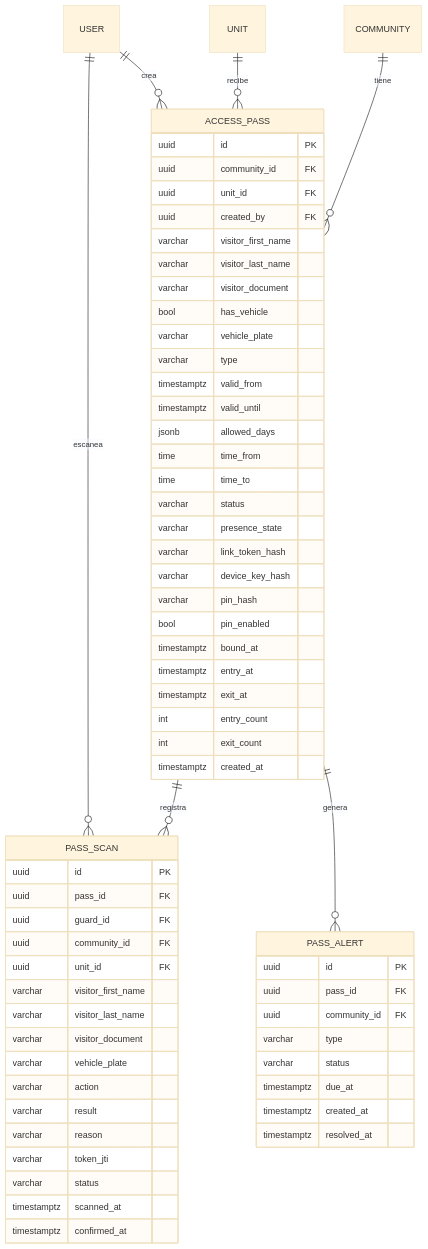
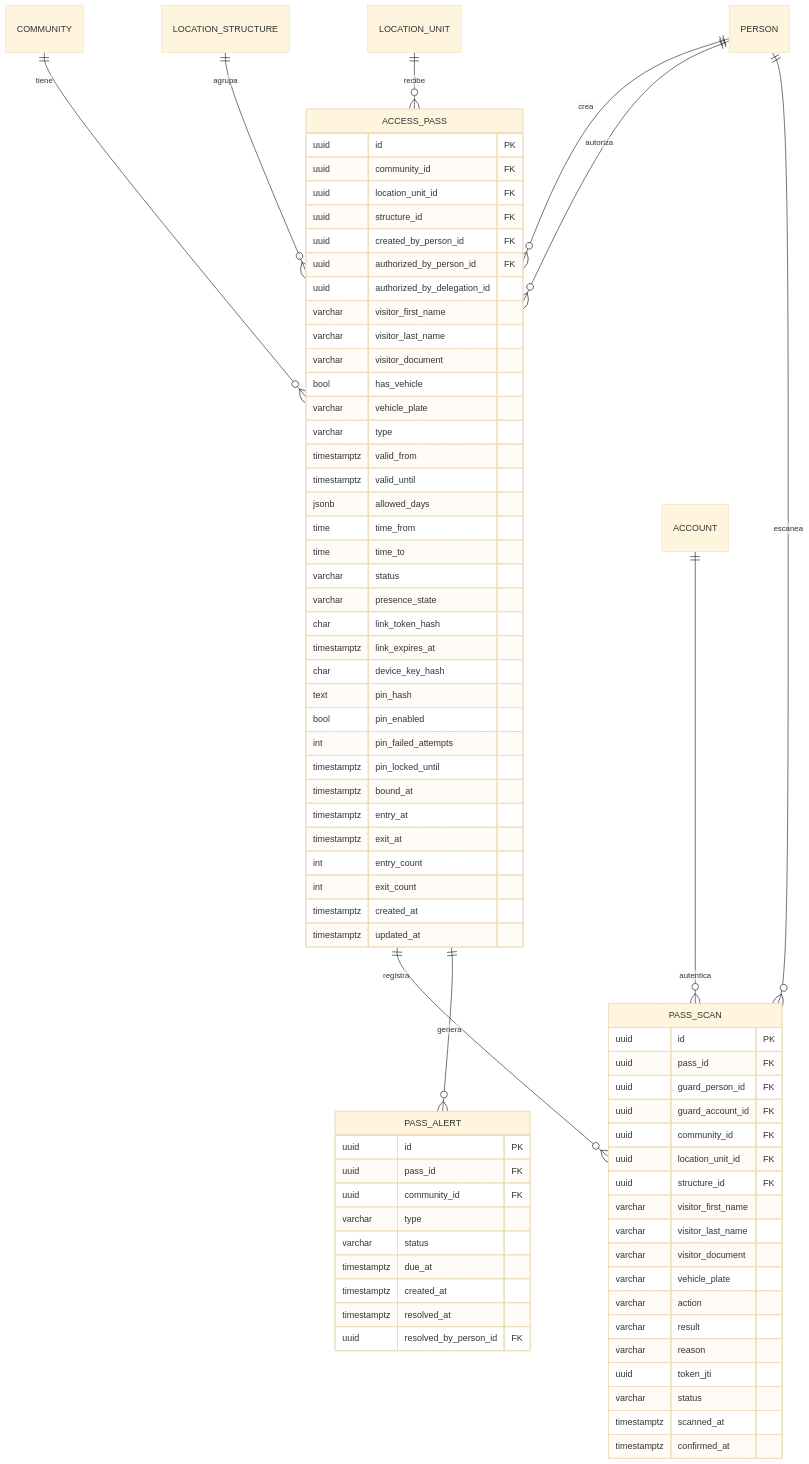
One commit to josephoney/porteria-virtual changed the first of 2 diagrams in openspec/changes/add-dynamic-qr-access/design.md. Above: the diagram before and after it, drawn with Mermaid (base theme). The commit also changed other lines of this file and 149 other files, not shown here.

````diff
--- a/openspec/changes/add-dynamic-qr-access/design.md
+++ b/openspec/changes/add-dynamic-qr-access/design.md
@@ -128,69 +162,82 @@
 ```mermaid
 erDiagram
   COMMUNITY ||--o{ ACCESS_PASS : tiene
-  UNIT ||--o{ ACCESS_PASS : recibe
-  USER ||--o{ ACCESS_PASS : crea
+  LOCATION_STRUCTURE ||--o{ ACCESS_PASS : agrupa
+  LOCATION_UNIT ||--o{ ACCESS_PASS : recibe
+  PERSON ||--o{ ACCESS_PASS : crea
+  PERSON ||--o{ ACCESS_PASS : autoriza
   ACCESS_PASS ||--o{ PASS_SCAN : registra
   ACCESS_PASS ||--o{ PASS_ALERT : genera
-  USER ||--o{ PASS_SCAN : escanea
+  PERSON ||--o{ PASS_SCAN : escanea
+  ACCOUNT ||--o{ PASS_SCAN : autentica
 
   ACCESS_PASS {
     uuid id PK
     uuid community_id FK
-    uuid unit_id FK
-    uuid created_by FK
+    uuid location_unit_id FK
+    uuid structure_id FK
+    uuid created_by_person_id FK
+    uuid authorized_by_person_id FK
+    uuid authorized_by_delegation_id
     varchar visitor_first_name
     varchar visitor_last_name
     varchar visitor_document
     bool has_vehicle
     varchar vehicle_plate
     varchar type
     timestamptz valid_from
     timestamptz valid_until
     jsonb allowed_days
     time time_from
     time time_to
     varchar status
     varchar presence_state
-    varchar link_token_hash
-    varchar device_key_hash
-    varchar pin_hash
+    char link_token_hash
+    timestamptz link_expires_at
+    char device_key_hash
+    text pin_hash
     bool pin_enabled
+    int pin_failed_attempts
+    timestamptz pin_locked_until
     timestamptz bound_at
     timestamptz entry_at
     timestamptz exit_at
     int entry_count
     int exit_count
     timestamptz created_at
+    timestamptz updated_at
   }
 
   PASS_SCAN {
     uuid id PK
     uuid pass_id FK
-    uuid guard_id FK
+    uuid guard_person_id FK
+    uuid guard_account_id FK
     uuid community_id FK
-    uuid unit_id FK
+    uuid location_unit_id FK
+    uuid structure_id FK
     varchar visitor_first_name
     varchar visitor_last_name
     varchar visitor_document
     varchar vehicle_plate
     varchar action
     varchar result
     varchar reason
-    varchar token_jti
+    uuid token_jti
     varchar status
     timestamptz scanned_at
     timestamptz confirmed_at
   }
 
   PASS_ALERT {
     uuid id PK
     uuid pass_id FK
     uuid community_id FK
     varchar type
     varchar status
     timestamptz due_at
     timestamptz created_at
     timestamptz resolved_at
+    uuid resolved_by_person_id FK
   }
 ```
````
